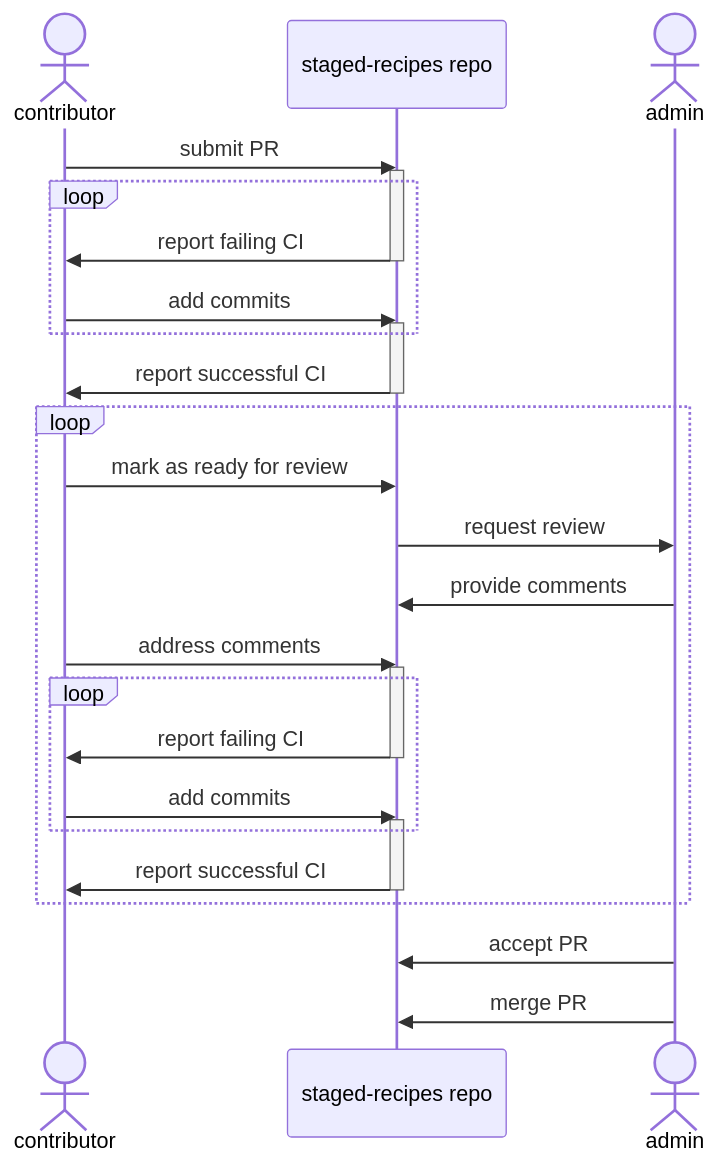
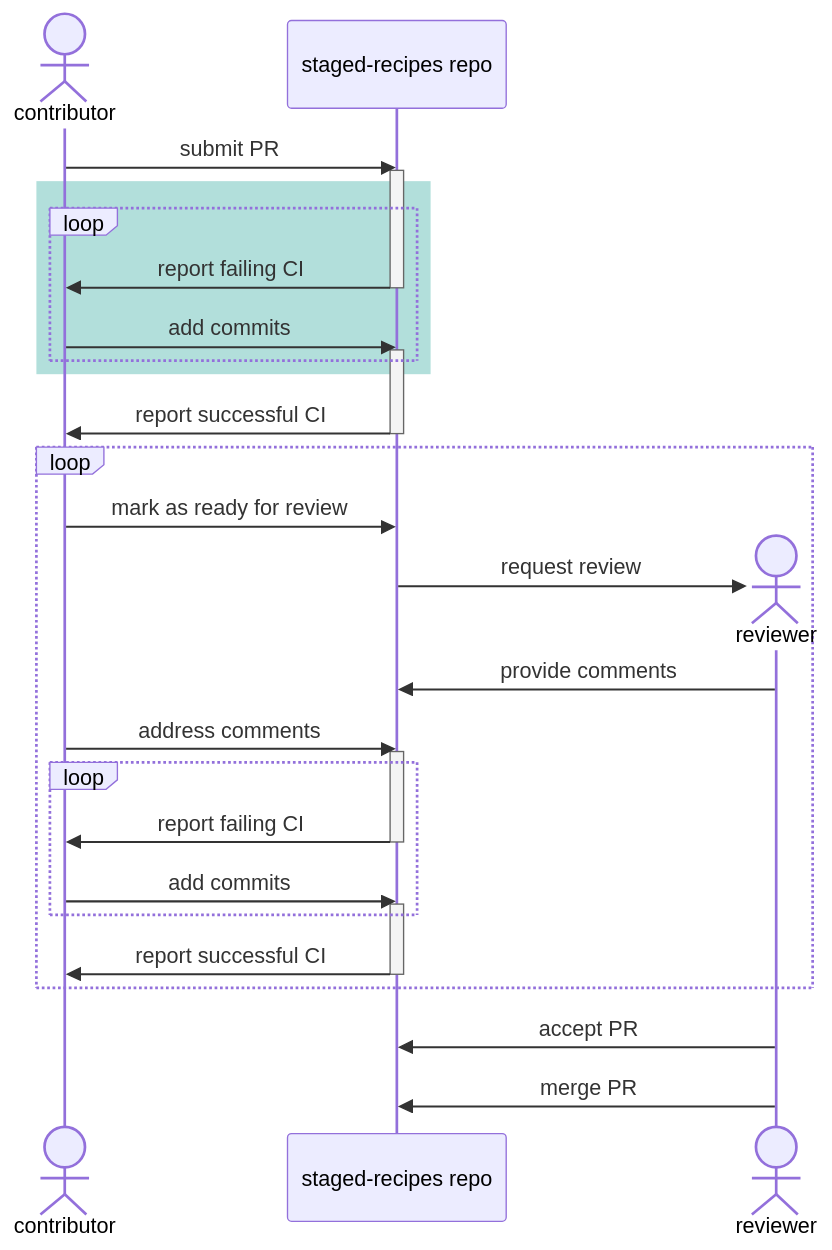
Before and after one commit to conda-forge/conda-forge.github.io: the diagram in docs/maintainer/understanding_conda_forge/staged_recipes.md, drawn with Mermaid.

Commit message:
Improve staged-recipes diagram

````diff
--- a/docs/maintainer/understanding_conda_forge/staged_recipes.md
+++ b/docs/maintainer/understanding_conda_forge/staged_recipes.md
@@ -19,33 +19,35 @@
 ```mermaid
 sequenceDiagram
     actor c as contributor
-    participant r as staged-recipes repo
-    actor a as admin
-    c->>r: submit PR
-    activate r
+    participant repo as staged-recipes repo
+    c->>repo: submit PR
+    activate repo
+    rect rgb(178, 223, 219)
     loop
-        r->>c: report failing CI
-        deactivate r
-        c->>r: add commits
-        activate r
+        repo->>c: report failing CI
+        deactivate repo
+        c->>repo: add commits
+        activate repo
     end
-    r->>c: report successful CI
-    deactivate r
+    end
+    repo->>c: report successful CI
+    deactivate repo
     loop
-        c->>r: mark as ready for review
-        r->>a: request review
-        a->>r: provide comments
-        c->>r: address comments
-        activate r
+        c->>repo: mark as ready for review
+        create actor reviewer
+        repo->>reviewer: request review
+        reviewer->>repo: provide comments
+        c->>repo: address comments
+        activate repo
         loop
-            r->>c: report failing CI
-            deactivate r
-            c->>r: add commits
-            activate r
+            repo->>c: report failing CI
+            deactivate repo
+            c->>repo: add commits
+            activate repo
         end
-        r->>c: report successful CI
-        deactivate r
+        repo->>c: report successful CI
+        deactivate repo
     end
-    a->>r: accept PR
-    a->>r: merge PR
+    reviewer->>repo: accept PR
+    reviewer->>repo: merge PR
 ```
````
